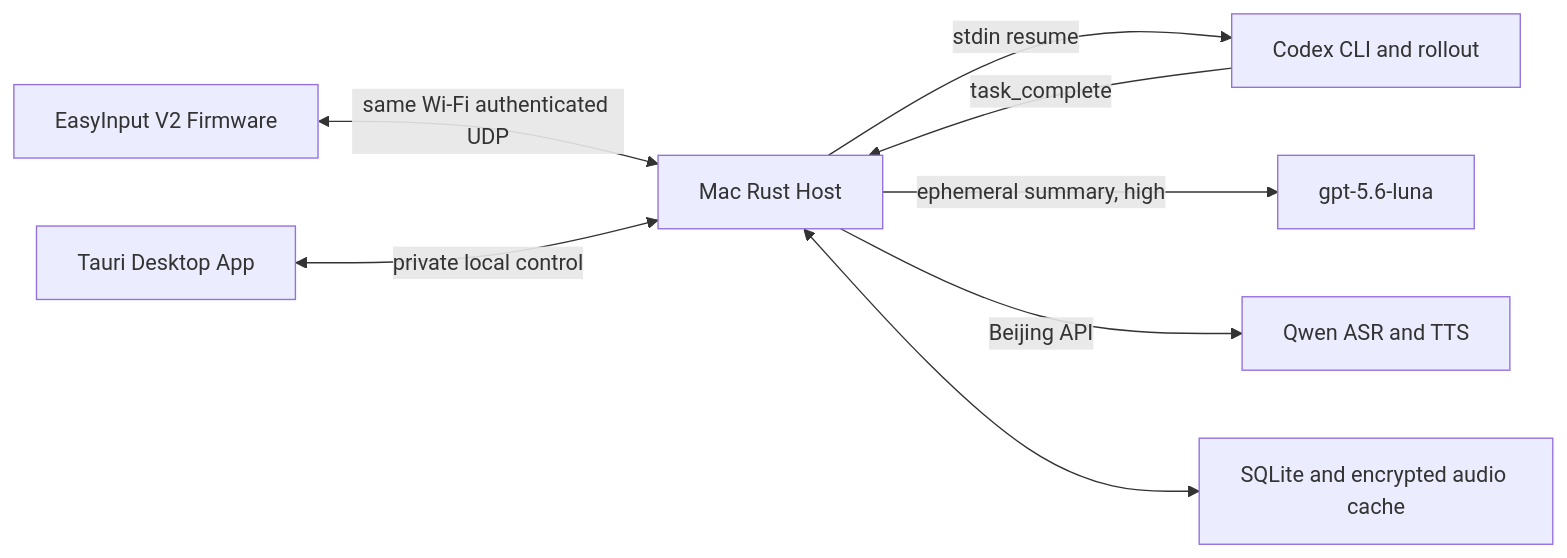
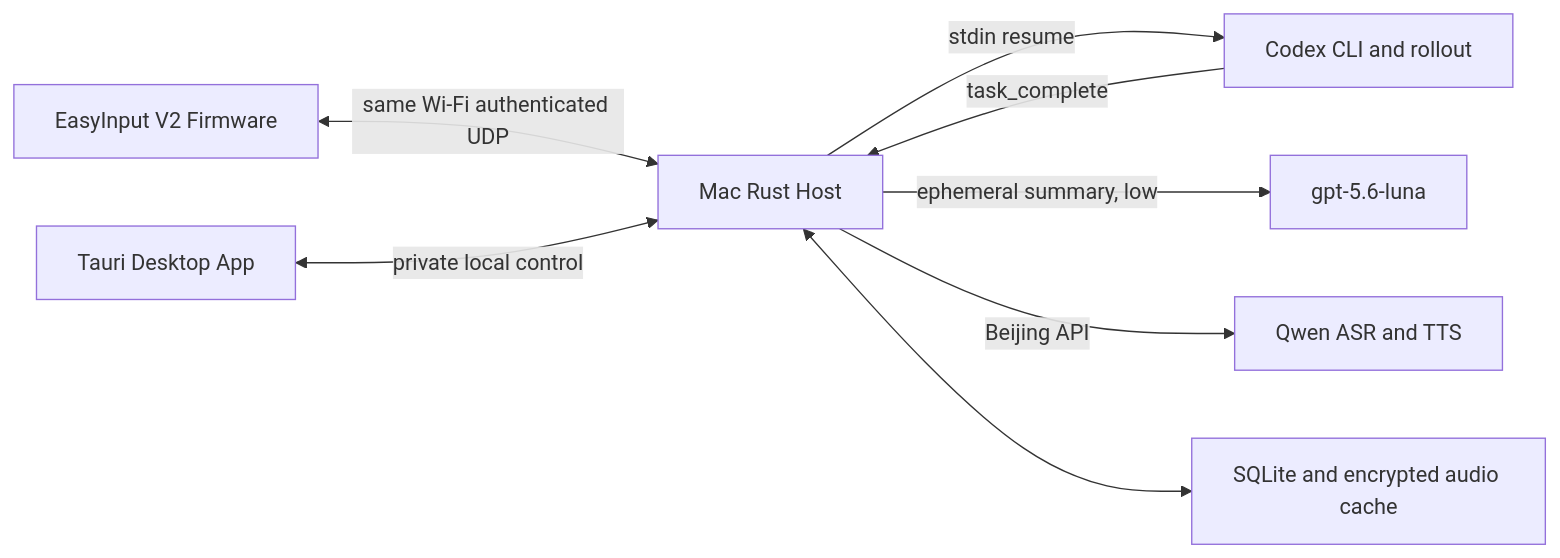
Before and after one commit to Larkspur-Wang/Codex_Keyboard: the diagram in docs/总体方案.md, drawn with Mermaid. The commit also changed other lines of this file and 6 other files, not shown here.

First line of the commit message:
fix: accept Codex 0.154 queue sqlite in Spark home and use luna low

````diff
--- a/docs/总体方案.md
+++ b/docs/总体方案.md
@@ -24,10 +24,10 @@
 ```mermaid
 flowchart LR
     K["EasyInput V2 Firmware"] <-->|"same Wi-Fi authenticated UDP"| H["Mac Rust Host"]
     U["Tauri Desktop App"] <-->|"private local control"| H
     H -->|"stdin resume"| C["Codex CLI and rollout"]
     C -->|"task_complete"| H
-    H -->|"ephemeral summary, high"| S["gpt-5.6-luna"]
+    H -->|"ephemeral summary, low"| S["gpt-5.6-luna"]
     H -->|"Beijing API"| Q["Qwen ASR and TTS"]
     H <--> D["SQLite and encrypted audio cache"]
 ```
````
